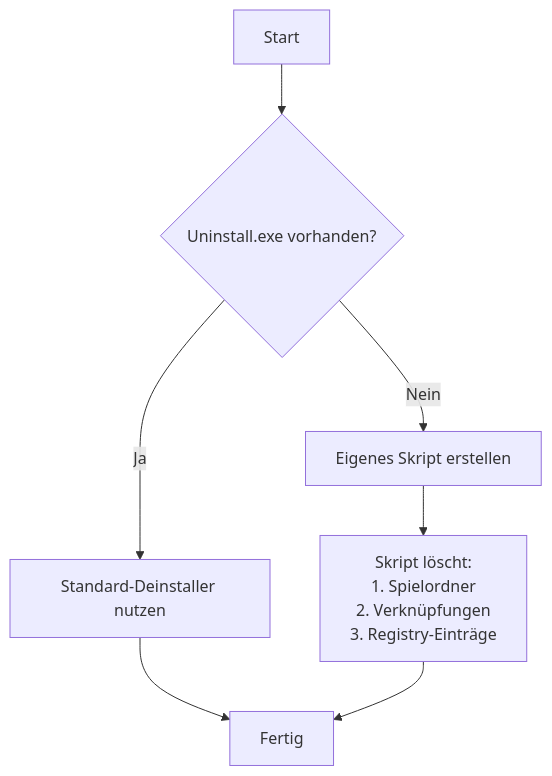
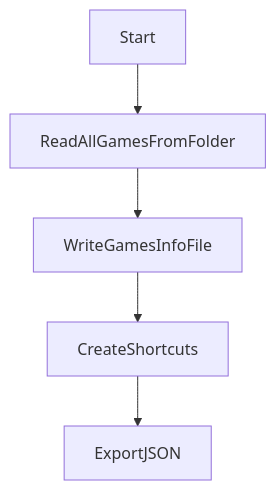
Before and after one commit to Mirci212/CreateGamesShortcut: the second of 3 diagrams in README.md, drawn with Mermaid. The commit also changed other lines of this file, not shown here.

````diff
--- a/README.md
+++ b/README.md
@@ -52,9 +65,7 @@
 ```mermaid
-graph TD
-    A[Start] --> B{Uninstall.exe vorhanden?}
-    B -->|Ja| C[Standard-Deinstaller nutzen]
-    B -->|Nein| D[Eigenes Skript erstellen]
-    C --> E[Fertig]
-    D --> F[Skript löscht:<br>1. Spielordner<br>2. Verknüpfungen<br>3. Registry-Einträge]
-    F --> E
+flowchart TD
+    A[Start] --> B[ReadAllGamesFromFolder]
+    B --> C[WriteGamesInfoFile]
+    C --> D[CreateShortcuts]
+    D --> E[ExportJSON]
 ```
````
